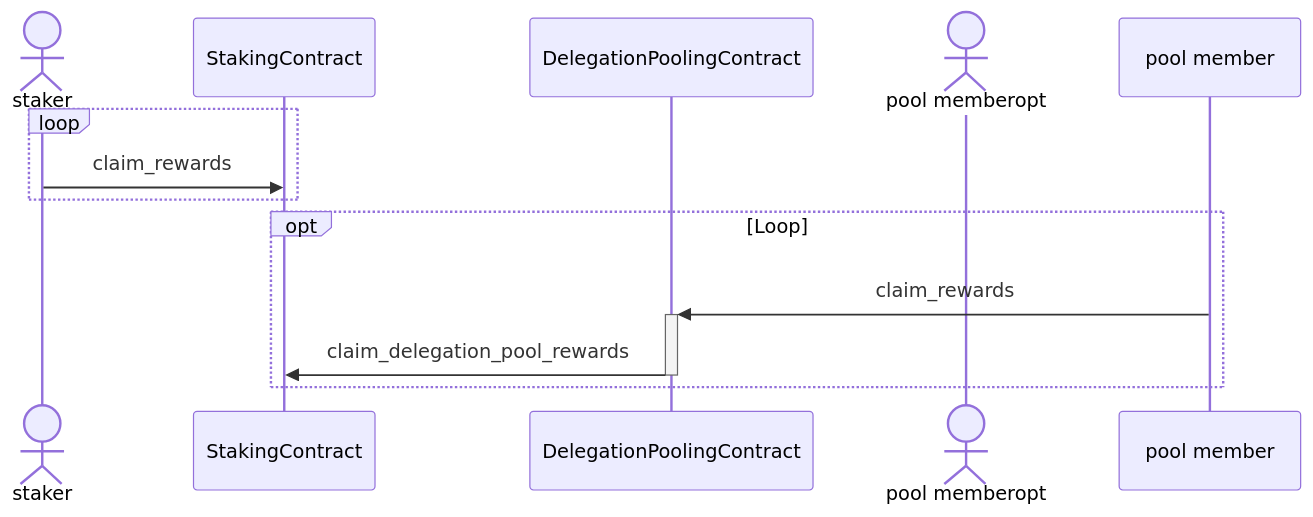
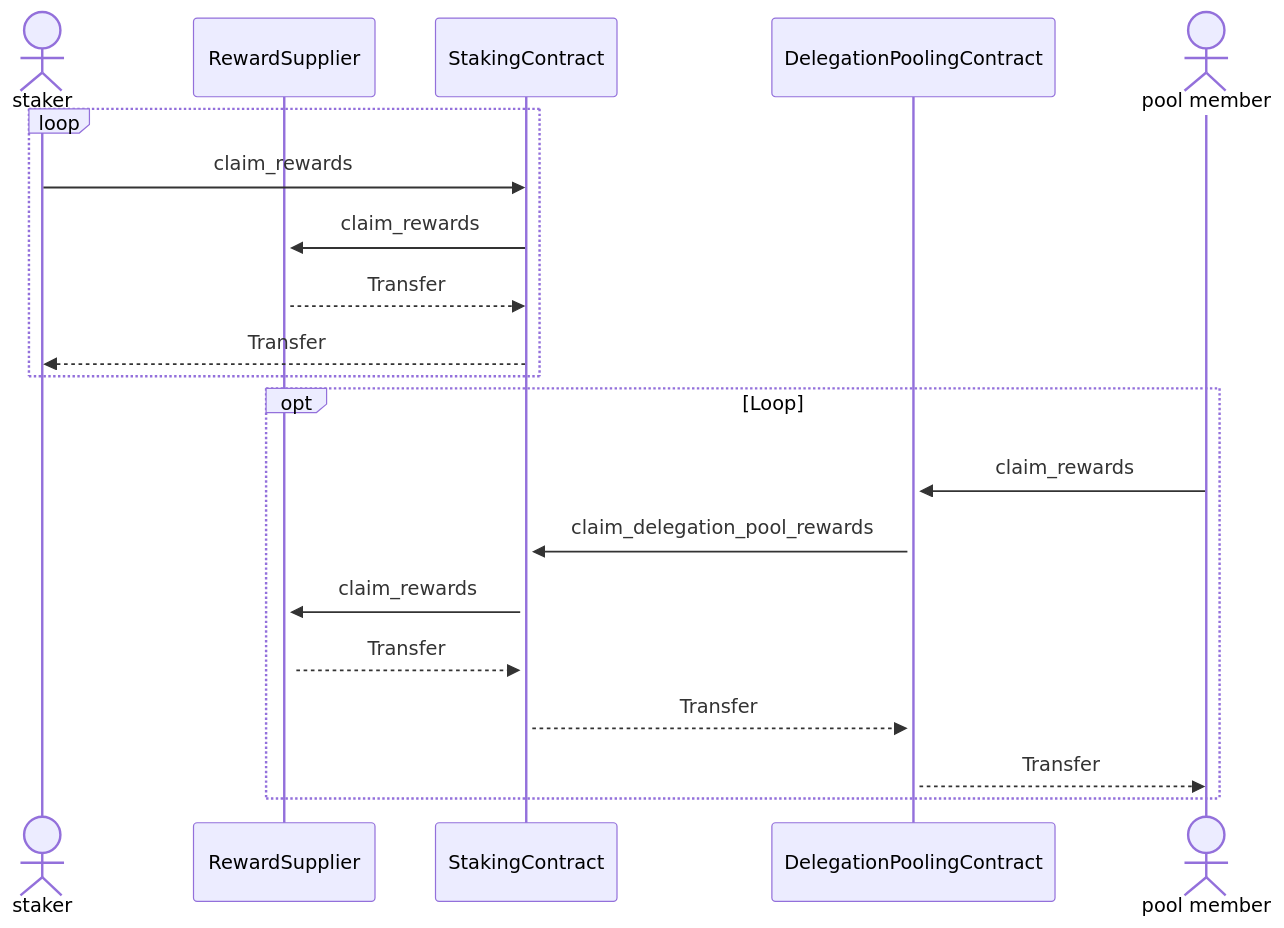
The fifth of 8 diagrams in docs/spec.md (starkware-libs/starknet-staking), drawn with Mermaid before and after one commit. The commit also changed other lines of this file and 10 other files, not shown here.

````diff
--- a/docs/spec.md
+++ b/docs/spec.md
@@ -222,14 +302,22 @@
 ```mermaid
 sequenceDiagram
   actor staker
+  participant RewardSupplier
   participant StakingContract
   participant DelegationPoolingContract
-  actor pool memberopt 
+  actor pool member
   Loop
     staker ->> StakingContract: claim_rewards
+    StakingContract ->>+ RewardSupplier: claim_rewards
+    RewardSupplier -->> StakingContract: Transfer
+    StakingContract -->> staker: Transfer
   end
   opt Loop
     pool member ->>+ DelegationPoolingContract: claim_rewards
-    DelegationPoolingContract ->>- StakingContract: claim_delegation_pool_rewards
+    DelegationPoolingContract ->>+ StakingContract: claim_delegation_pool_rewards
+    StakingContract ->>+ RewardSupplier: claim_rewards
+    RewardSupplier -->> StakingContract: Transfer
+    StakingContract -->> DelegationPoolingContract: Transfer
+    DelegationPoolingContract -->> pool member: Transfer
   end
 ```
````
